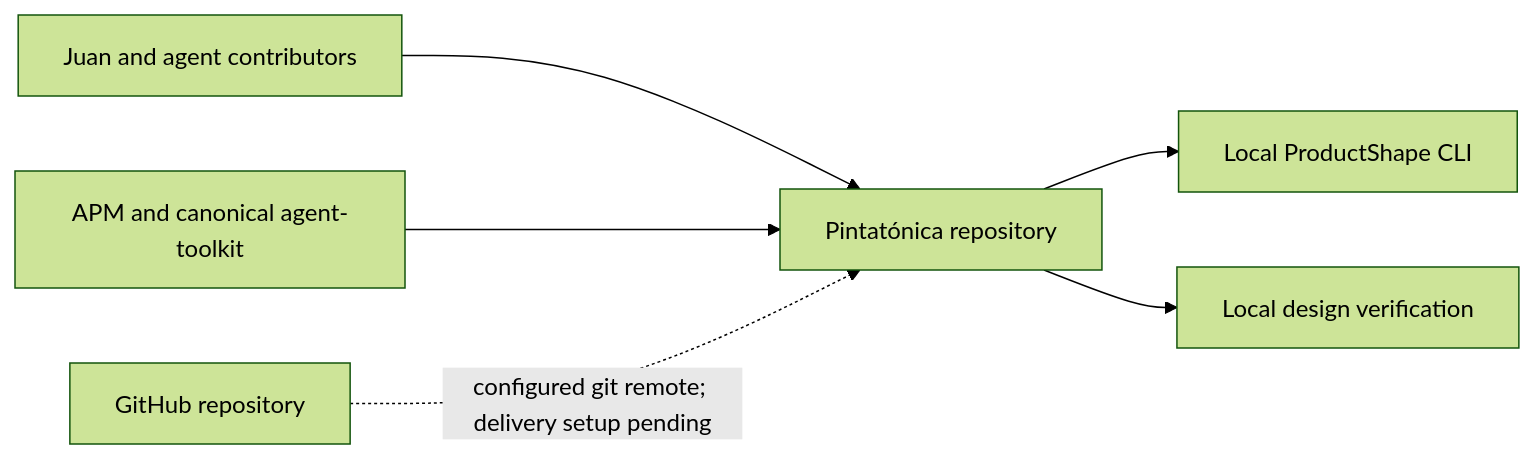
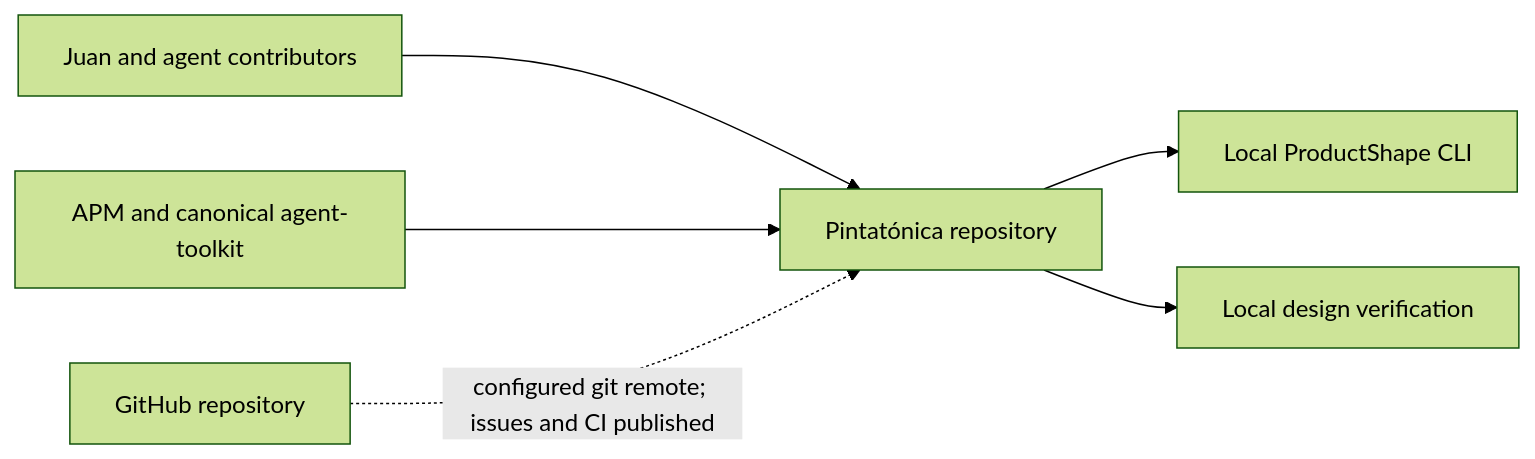
Before and after one commit to juangcarmona/pintatonica: the diagram in docs/architecture/03-context-and-scope.md, drawn with Mermaid (forest theme). The commit also changed other lines of this file and 46 other files, not shown here.

````diff
--- a/docs/architecture/03-context-and-scope.md
+++ b/docs/architecture/03-context-and-scope.md
@@ -19,8 +19,8 @@
 ```mermaid
 flowchart LR
     Contributors["Juan and agent contributors"] --> Repository["Pintatónica repository"]
     Repository --> ProductShape["Local ProductShape CLI"]
     Repository --> DesignChecks["Local design verification"]
     APM["APM and canonical agent-toolkit"] --> Repository
-    GitHub["GitHub repository"] -. "configured git remote; delivery setup pending" .-> Repository
+    GitHub["GitHub repository"] -. "configured git remote; issues and CI published" .-> Repository
 ```
````
